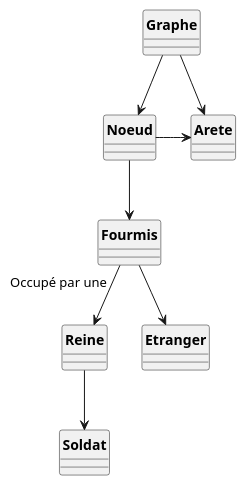
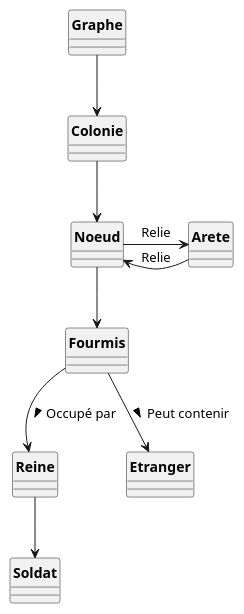
Before and after one commit to jvondermarck/ant-colony: the diagram in A22/Version_1/Fourmis_DC_Analyse.puml, drawn with PlantUML. The commit also changed 1 other file, not shown here.

```diff
--- a/A22/Version_1/Fourmis_DC_Analyse.puml
+++ b/A22/Version_1/Fourmis_DC_Analyse.puml
@@ -1,30 +1,31 @@
 @startuml
 
 skinparam style strictuml
 skinparam classAttributeIconSize 0
 skinparam classFontStyle Bold
 hide enum methods
 
 class Graphe {}
+class Colonie {}
 class Arete {}
 class Fourmis {}
 
 class Reine {}
 
 class Soldat {}
 
 class Noeud{}
-
 class Etranger {}
 
 
-Graphe --> Noeud
-Noeud -> Arete
-Graphe -> Arete
+Graphe --> Colonie
+Colonie --> Noeud
+Noeud -> Arete : Relie
+Arete -> Noeud : Relie
 Noeud --> Fourmis
-Fourmis "Occupé par une" --> Reine
-Fourmis --> Etranger
+Fourmis --> Reine : Occupé par >
+Fourmis --> Etranger : Peut contenir >
 Reine --> Soldat
 
 
 @enduml
```
